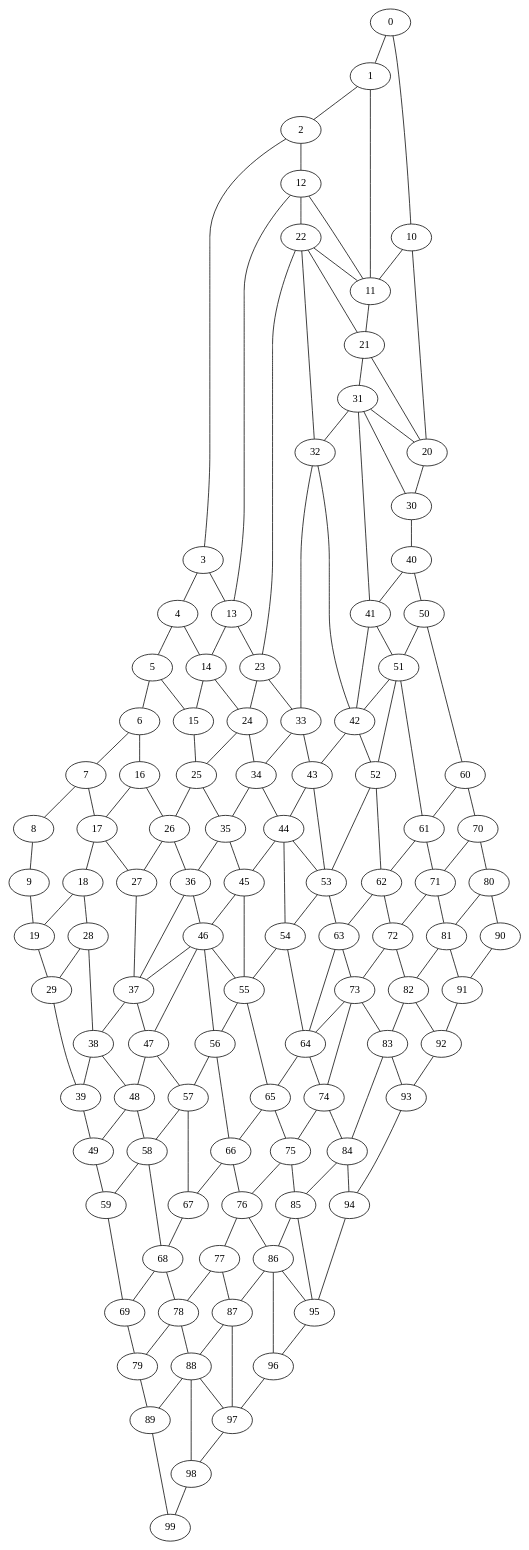
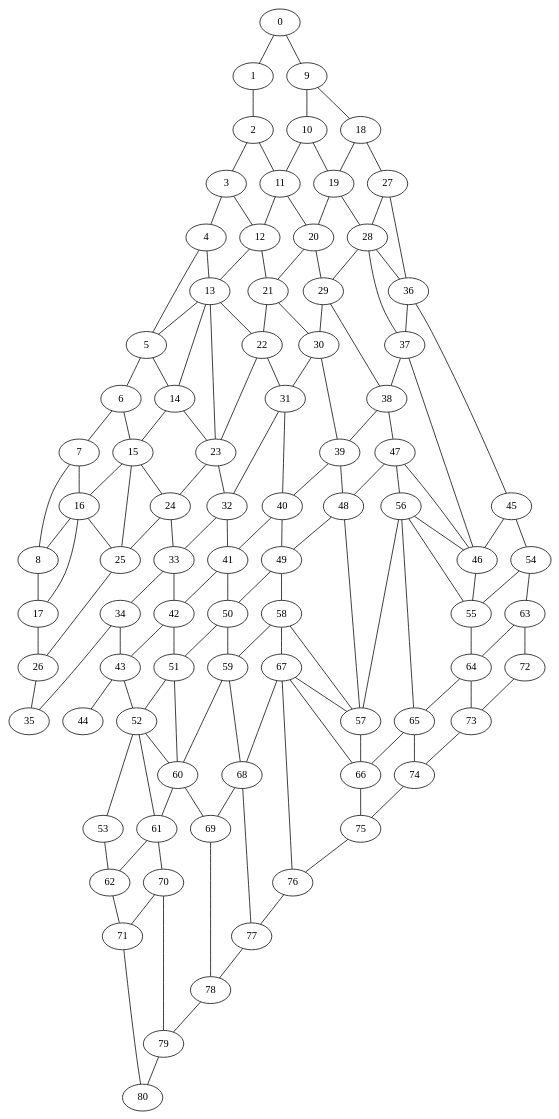
Before and after one commit to lorenzorizzi17/urban_network: the diagram in fig/graph.dot, drawn with Graphviz. The commit also changed 16 other files, not shown here.

```diff
--- a/fig/graph.dot
+++ b/fig/graph.dot
@@ -80,208 +80,151 @@
 78;
 79;
 80;
-81;
-82;
-83;
-84;
-85;
-86;
-87;
-88;
-89;
-90;
-91;
-92;
-93;
-94;
-95;
-96;
-97;
-98;
-99;
 0--1 ;
-0--10 ;
-1--11 ;
+0--9 ;
 1--2 ;
-2--12 ;
+2--11 ;
 2--3 ;
-3--13 ;
+3--12 ;
 3--4 ;
-4--14 ;
+4--13 ;
 4--5 ;
-5--15 ;
+5--14 ;
 5--6 ;
-6--16 ;
+6--15 ;
 6--7 ;
-7--17 ;
+7--16 ;
 7--8 ;
-8--9 ;
-9--19 ;
+8--17 ;
+9--10 ;
+9--18 ;
+10--19 ;
 10--11 ;
-10--20 ;
-11--21 ;
+11--20 ;
 11--12 ;
-12--22 ;
+12--21 ;
 12--13 ;
+13--22 ;
+13--14 ;
+14--23 ;
+14--15 ;
+15--24 ;
+15--16 ;
+16--25 ;
+16--17 ;
+17--26 ;
+18--19 ;
+18--27 ;
+19--28 ;
+19--20 ;
+20--29 ;
+20--21 ;
+21--30 ;
+21--22 ;
+22--31 ;
+22--23 ;
+23--32 ;
+23--24 ;
+24--33 ;
+24--25 ;
+25--26 ;
+26--35 ;
+27--28 ;
+27--36 ;
+28--37 ;
+28--29 ;
+29--38 ;
+29--30 ;
+30--39 ;
+30--31 ;
+31--40 ;
+31--32 ;
+32--41 ;
+32--33 ;
+33--42 ;
+33--34 ;
+34--43 ;
+34--35 ;
+36--37 ;
+36--45 ;
+37--46 ;
+37--38 ;
+38--47 ;
+38--39 ;
+39--48 ;
+39--40 ;
+40--49 ;
+40--41 ;
+41--50 ;
+41--42 ;
+42--51 ;
+42--43 ;
+43--52 ;
+43--44 ;
+45--46 ;
+45--54 ;
+46--55 ;
+46--47 ;
+47--56 ;
+47--48 ;
+48--57 ;
+48--49 ;
+49--58 ;
+49--50 ;
+50--59 ;
+50--51 ;
+51--60 ;
+51--52 ;
+52--61 ;
+52--53 ;
+53--62 ;
+54--55 ;
+54--63 ;
+55--64 ;
+55--56 ;
+56--65 ;
+56--57 ;
+57--66 ;
+57--58 ;
+58--67 ;
+58--59 ;
+59--68 ;
+59--60 ;
+60--69 ;
+60--61 ;
+61--70 ;
+61--62 ;
+62--71 ;
+63--64 ;
+63--72 ;
+64--73 ;
+64--65 ;
+65--74 ;
+65--66 ;
+66--75 ;
+66--67 ;
+67--76 ;
+67--68 ;
+68--77 ;
+68--69 ;
+69--78 ;
+70--79 ;
+70--71 ;
+71--80 ;
+72--73 ;
+73--74 ;
+74--75 ;
+75--76 ;
+76--77 ;
+77--78 ;
+78--79 ;
+79--80 ;
+28--36 ;
+67--57 ;
+56--46 ;
+52--60 ;
+16--8 ;
+15--25 ;
+13--5 ;
 13--23 ;
-13--14 ;
-14--24 ;
-14--15 ;
-15--25 ;
-16--26 ;
-16--17 ;
-17--27 ;
-17--18 ;
-18--28 ;
-18--19 ;
-19--29 ;
-20--21 ;
-20--30 ;
-21--31 ;
-21--22 ;
-22--32 ;
-22--23 ;
-23--33 ;
-23--24 ;
-24--34 ;
-24--25 ;
-25--35 ;
-25--26 ;
-26--36 ;
-26--27 ;
-27--37 ;
-28--38 ;
-28--29 ;
-29--39 ;
-30--31 ;
-30--40 ;
-31--41 ;
-31--32 ;
-32--42 ;
-32--33 ;
-33--43 ;
-33--34 ;
-34--44 ;
-34--35 ;
-35--45 ;
-35--36 ;
-36--46 ;
-36--37 ;
-37--47 ;
-37--38 ;
-38--48 ;
-38--39 ;
-39--49 ;
-40--41 ;
-40--50 ;
-41--51 ;
-41--42 ;
-42--52 ;
-42--43 ;
-43--53 ;
-43--44 ;
-44--54 ;
-44--45 ;
-45--55 ;
-45--46 ;
-46--56 ;
-46--47 ;
-47--57 ;
-47--48 ;
-48--58 ;
-48--49 ;
-49--59 ;
-50--51 ;
-50--60 ;
-51--61 ;
-51--52 ;
-52--62 ;
-52--53 ;
-53--63 ;
-53--54 ;
-54--64 ;
-54--55 ;
-55--65 ;
-55--56 ;
-56--66 ;
-56--57 ;
-57--67 ;
-57--58 ;
-58--68 ;
-58--59 ;
-59--69 ;
-60--61 ;
-60--70 ;
-61--71 ;
-61--62 ;
-62--72 ;
-62--63 ;
-63--73 ;
-63--64 ;
-64--74 ;
-64--65 ;
-65--75 ;
-65--66 ;
-66--76 ;
-66--67 ;
-67--68 ;
-68--78 ;
-68--69 ;
-69--79 ;
-70--71 ;
-70--80 ;
-71--81 ;
-71--72 ;
-72--82 ;
-72--73 ;
-73--83 ;
-73--74 ;
-74--84 ;
-74--75 ;
-75--85 ;
-75--76 ;
-76--86 ;
-76--77 ;
-77--87 ;
-77--78 ;
-78--88 ;
-78--79 ;
-79--89 ;
-80--81 ;
-80--90 ;
-81--91 ;
-81--82 ;
-82--92 ;
-82--83 ;
-83--93 ;
-83--84 ;
-84--94 ;
-84--85 ;
-85--95 ;
-85--86 ;
-86--96 ;
-86--87 ;
-87--97 ;
-87--88 ;
-88--98 ;
-88--89 ;
-89--99 ;
-90--91 ;
-91--92 ;
-92--93 ;
-93--94 ;
-94--95 ;
-95--96 ;
-96--97 ;
-97--98 ;
-98--99 ;
-73--64 ;
-51--42 ;
-46--55 ;
-44--53 ;
-88--97 ;
-31--20 ;
-22--11 ;
-46--37 ;
-86--95 ;
 }
```
